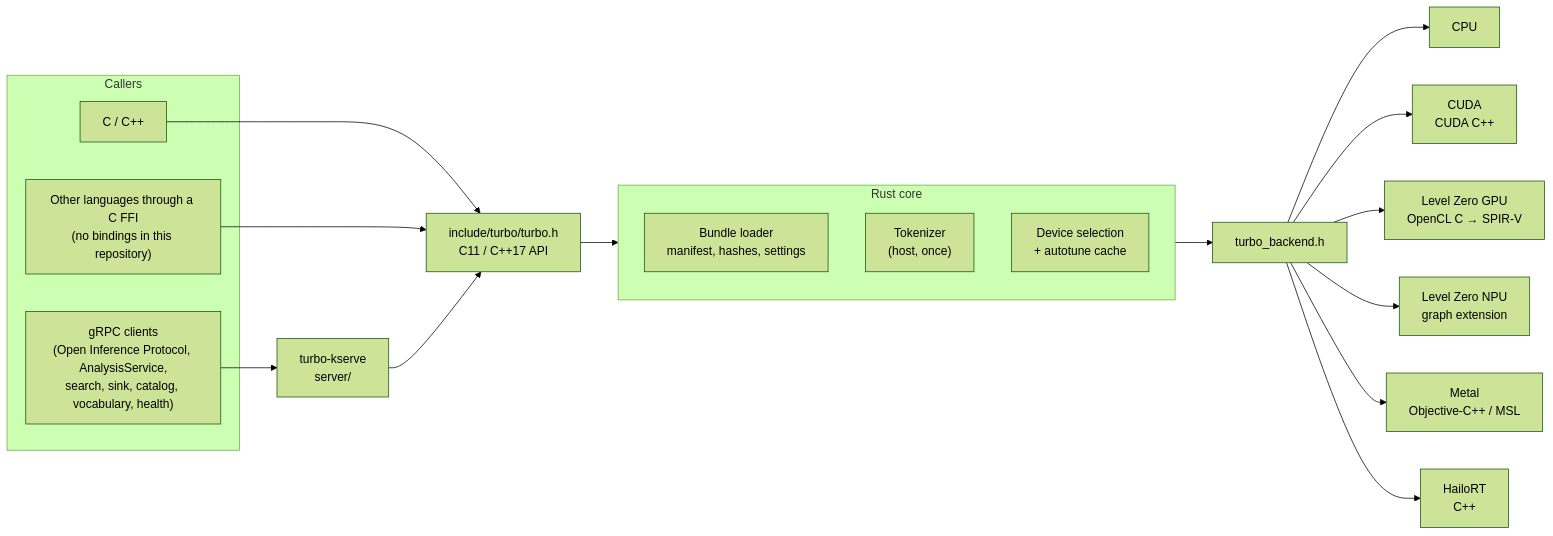
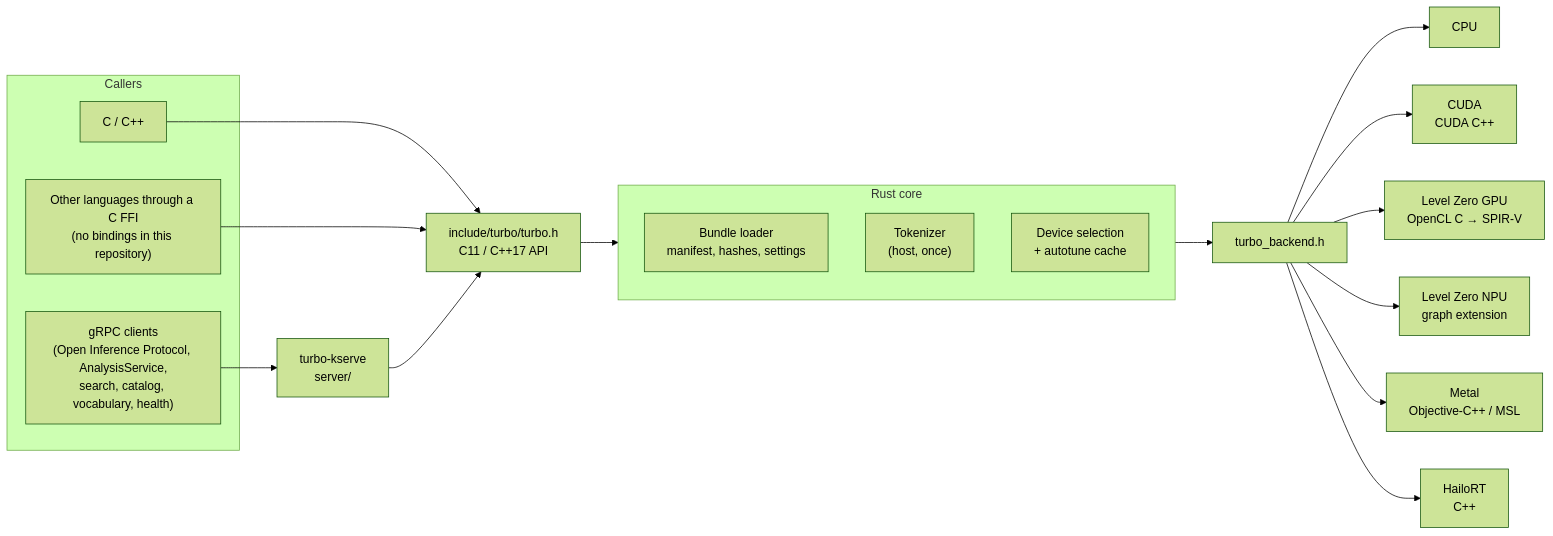
The second of 3 diagrams in docs/embeddings.md (ai-pipestream/turboembed), drawn with Mermaid (forest theme) before and after one commit. The commit also changed 1 other file, not shown here.

Commit message:
Correct the README's releases, sink and admin statements
List the four release archives and link CHANGELOG.md, describe
turbo-kserve as a client of TurboSinkService through --sink-endpoint
rather than a server of it, and name catalog licence acceptance and
model installs among the calls that need --admin.

````diff
--- a/docs/embeddings.md
+++ b/docs/embeddings.md
@@ -95,25 +95,25 @@
 ```mermaid
 flowchart LR
     subgraph clients[Callers]
         c["C / C++"]
         j["Other languages through a C FFI<br/>(no bindings in this repository)"]
-        g["gRPC clients<br/>(Open Inference Protocol, AnalysisService,<br/>search, sink, catalog, vocabulary, health)"]
+        g["gRPC clients<br/>(Open Inference Protocol, AnalysisService,<br/>search, catalog, vocabulary, health)"]
     end
     g --> srv["turbo-kserve<br/>server/"]
     c --> h
     j --> h
     srv --> h
     h["include/turbo/turbo.h<br/>C11 / C++17 API"] --> core
     subgraph core[Rust core]
         b["Bundle loader<br/>manifest, hashes, settings"]
         t["Tokenizer<br/>(host, once)"]
         s["Device selection<br/>+ autotune cache"]
     end
     core --> be["turbo_backend.h"]
     be --> cpu["CPU"]
     be --> cuda["CUDA<br/>CUDA C++"]
     be --> lz["Level Zero GPU<br/>OpenCL C → SPIR-V"]
     be --> npu["Level Zero NPU<br/>graph extension"]
     be --> metal["Metal<br/>Objective-C++ / MSL"]
     be --> hailo["HailoRT<br/>C++"]
 ```
````
